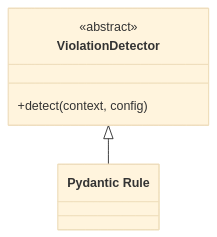
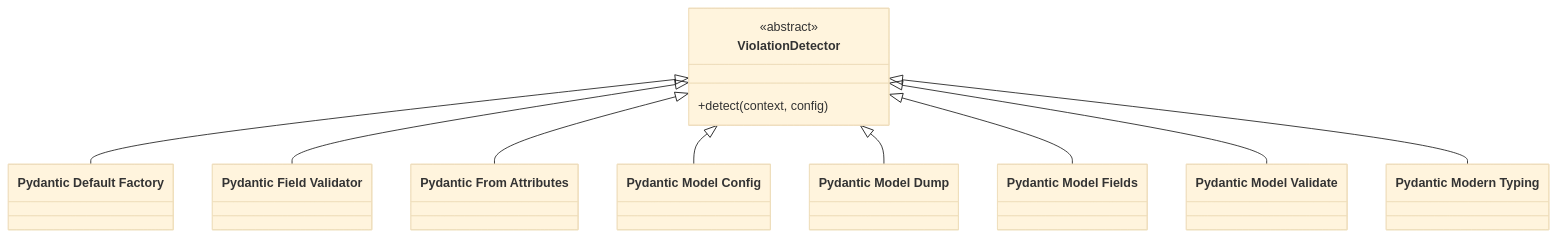
Before and after one commit to Anselmoo/mcp-zen-of-languages: the second of 4 diagrams in docs/user-guide/frameworks/pydantic.md, drawn with Mermaid. The commit also changed other lines of this file and 41 other files, not shown here.

````diff
--- a/docs/user-guide/frameworks/pydantic.md
+++ b/docs/user-guide/frameworks/pydantic.md
@@ -183,11 +209,25 @@
     ```mermaid
     %%{init: {"theme": "base"}}%%
     classDiagram
         direction TB
         class ViolationDetector {
             <<abstract>>
             +detect(context, config)
         }
-        class det_01["Pydantic Rule"]
+        class det_01["Pydantic Default Factory"]
         ViolationDetector <|-- det_01
+        class det_02["Pydantic Field Validator"]
+        ViolationDetector <|-- det_02
+        class det_03["Pydantic From Attributes"]
+        ViolationDetector <|-- det_03
+        class det_04["Pydantic Model Config"]
+        ViolationDetector <|-- det_04
+        class det_05["Pydantic Model Dump"]
+        ViolationDetector <|-- det_05
+        class det_06["Pydantic Model Fields"]
+        ViolationDetector <|-- det_06
+        class det_07["Pydantic Model Validate"]
+        ViolationDetector <|-- det_07
+        class det_08["Pydantic Modern Typing"]
+        ViolationDetector <|-- det_08
     ```
````
